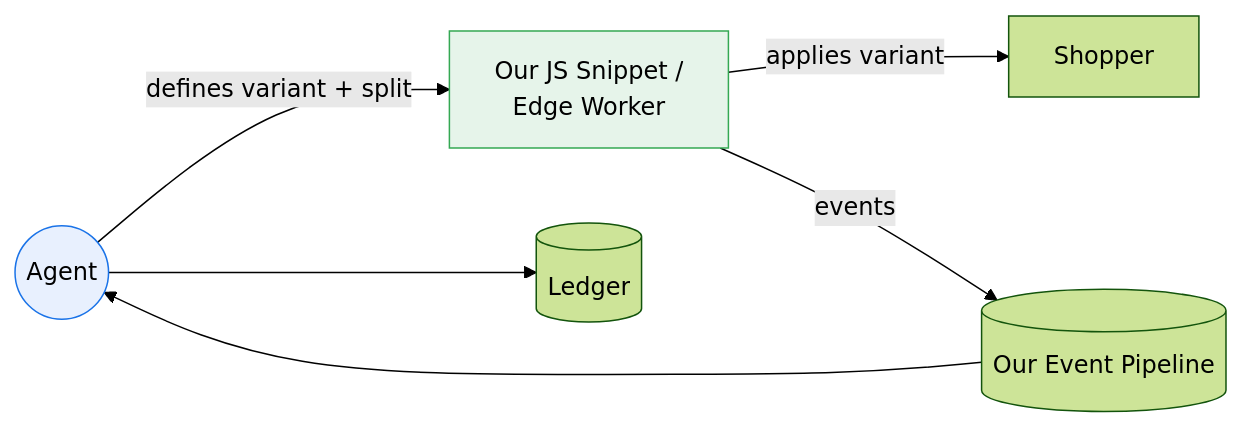
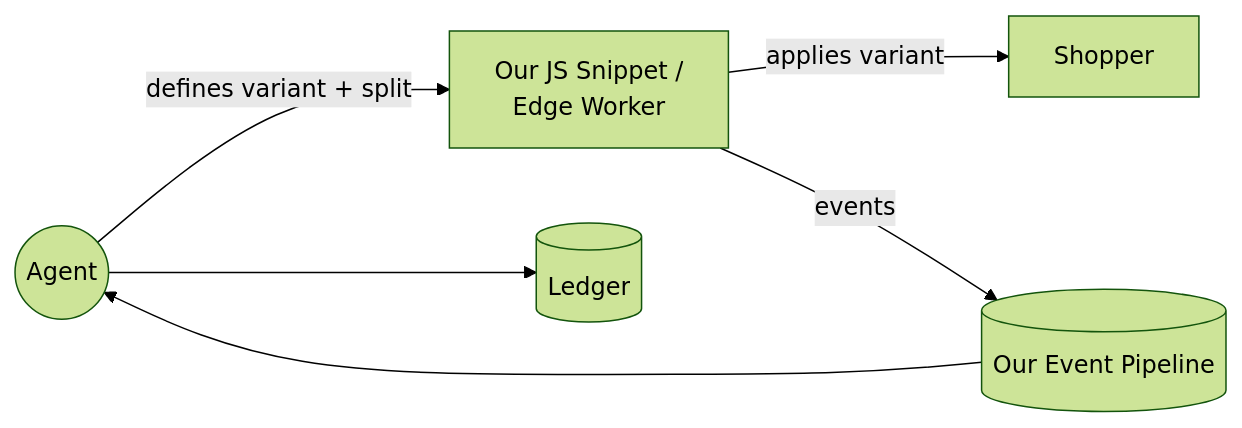
One commit to omars-lab/omars-lab.github.io changed the seventh of 15 diagrams in bytesofpurpose-blog/designs/2026-06-22-self-healing-storefront.mdx. Above: the diagram before and after it, drawn with Mermaid (forest theme). The commit also changed other lines of this file and 6 other files, not shown here.

First line of the commit message:
feat(designs): on-brand mermaid theme + dark-mode-adaptive diagrams

````diff
--- a/bytesofpurpose-blog/designs/2026-06-22-self-healing-storefront.mdx
+++ b/bytesofpurpose-blog/designs/2026-06-22-self-healing-storefront.mdx
@@ -495,10 +477,8 @@
 ```mermaid
 graph LR
     AGENT((Agent)) -->|defines variant + split| EDGE[Our JS Snippet /\nEdge Worker]
     EDGE -->|applies variant| VISITOR[Shopper]
     EDGE -->|events| PIPE[(Our Event Pipeline)]
     PIPE --> AGENT
     AGENT --> LEDGER[(Ledger)]
-    style AGENT fill:#e8f0fe,stroke:#1a73e8
-    style EDGE fill:#e6f4ea,stroke:#34a853
 ```
````
